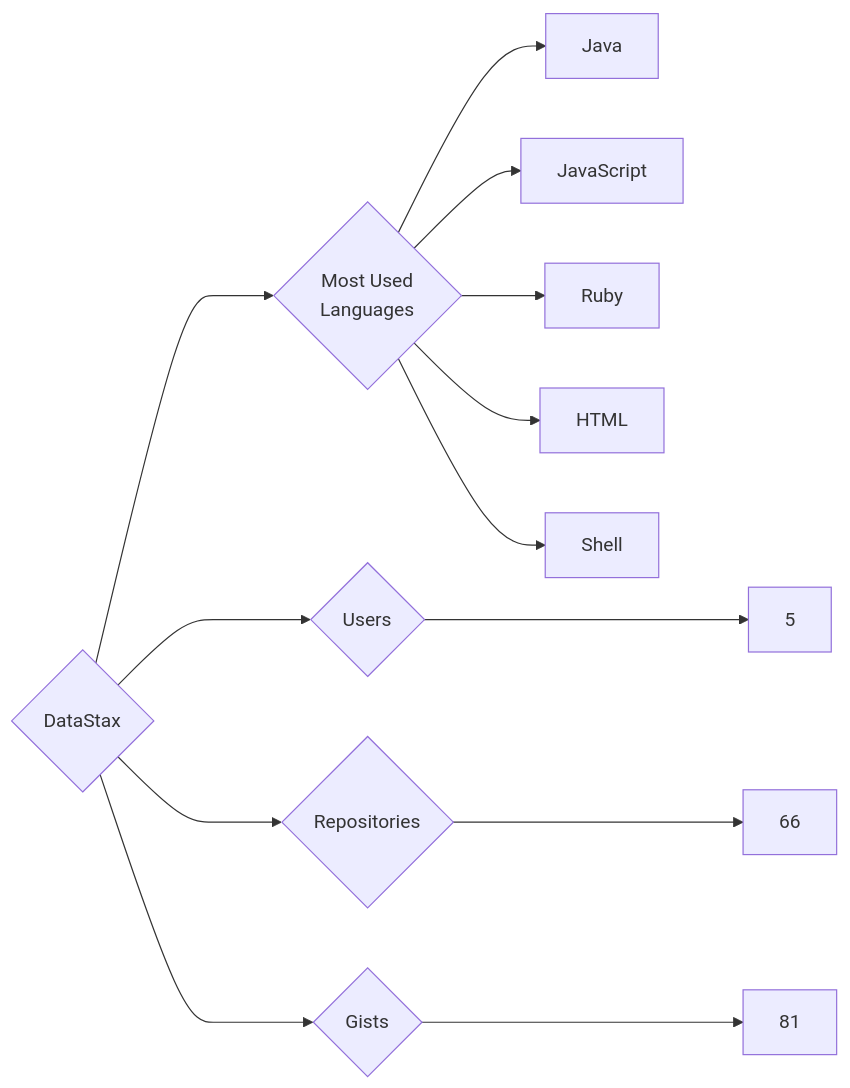
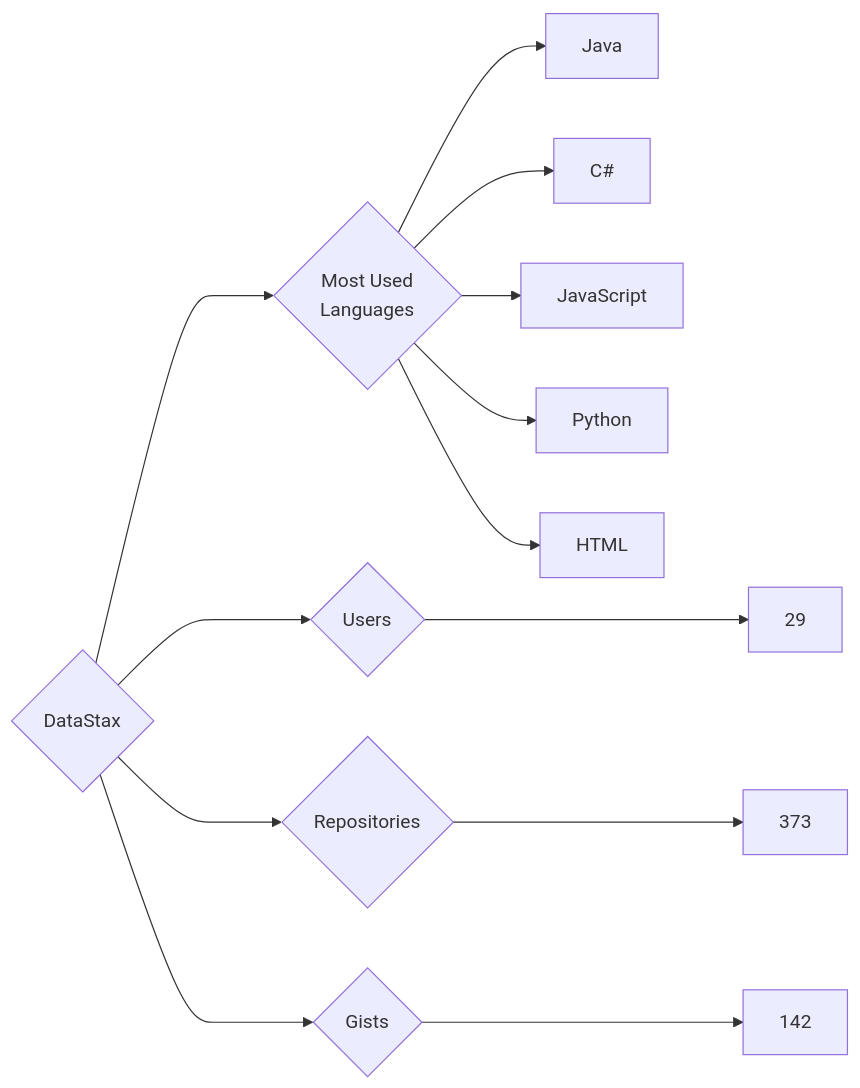
Before and after one commit to trickest/insiders: the diagram in targets/DataStax/README.md, drawn with Mermaid. The commit also changed 610 other files, not shown here.

````diff
--- a/targets/DataStax/README.md
+++ b/targets/DataStax/README.md
@@ -3,13 +3,13 @@
 ```mermaid
 graph LR
 COMPANY_NAME{DataStax}
-COMPANY_NAME ---> U{Users} ---> UN[5]
-COMPANY_NAME ---> R{Repositories} ---> RN[66]
-COMPANY_NAME ---> G{Gists} ---> GN[81]
+COMPANY_NAME ---> U{Users} ---> UN[29]
+COMPANY_NAME ---> R{Repositories} ---> RN[373]
+COMPANY_NAME ---> G{Gists} ---> GN[142]
 COMPANY_NAME ---> ML{Most Used<br>Languages}
 ML --> Java[Java]
+ML --> C#[C#]
 ML --> JavaScript[JavaScript]
-ML --> Ruby[Ruby]
+ML --> Python[Python]
 ML --> HTML[HTML]
-ML --> Shell[Shell]
 ```
````
